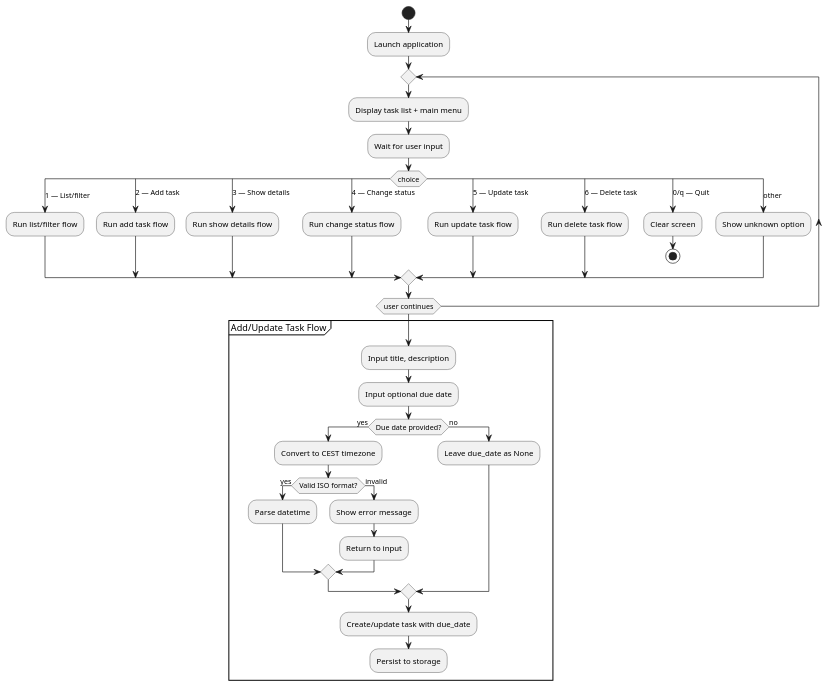
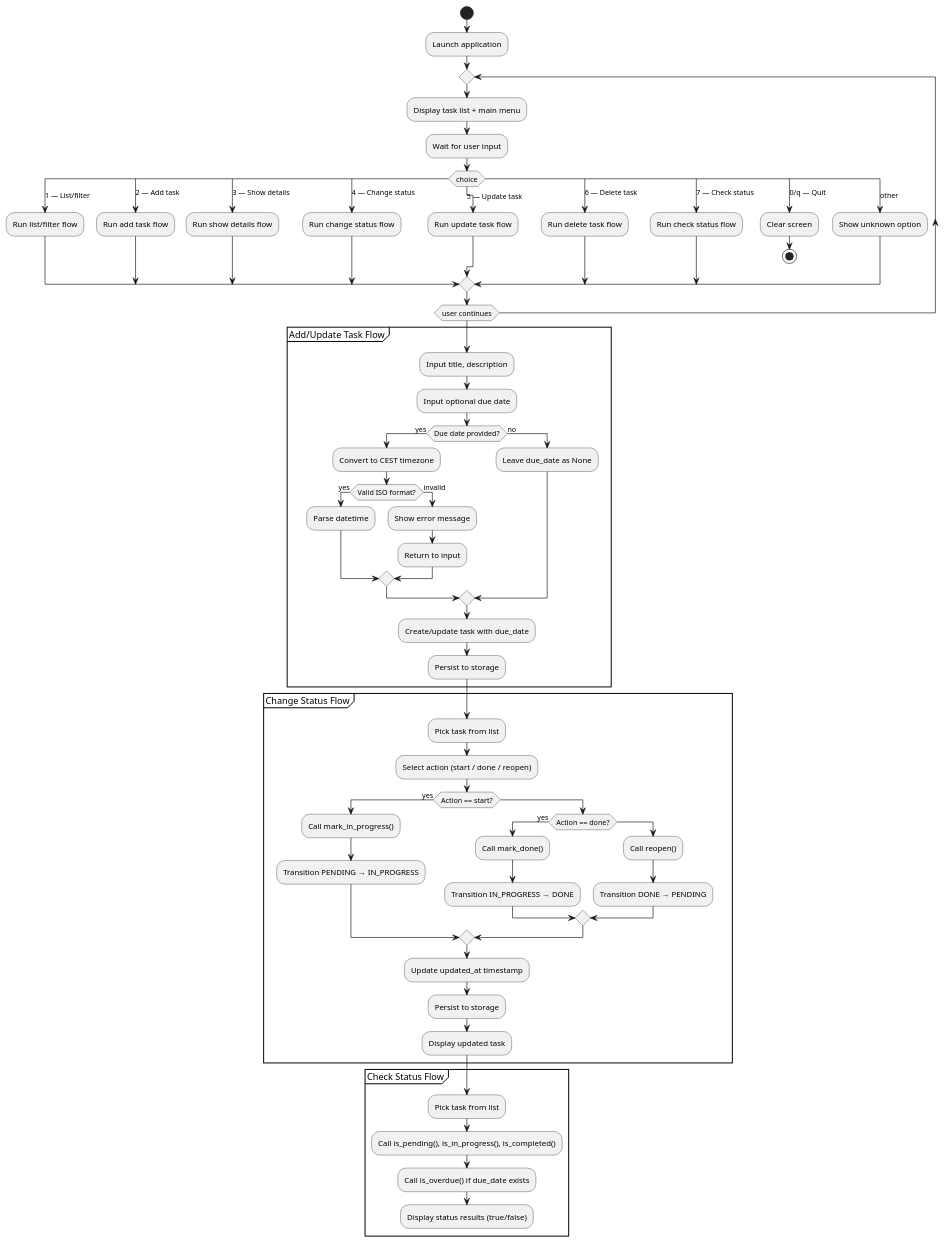
The diagram in experiments/supervisor_as_tools/user_stories/TODO/artifacts/activity_diagram.puml (DanielRiha8906/Software_autoevolution_using_agents), drawn with PlantUML before and after one commit. The commit also changed 12 other files, not shown here.

First line of the commit message:
Implement Task 02: Status Transition Methods and State Checking

```diff
--- a/experiments/supervisor_as_tools/user_stories/TODO/artifacts/activity_diagram.puml
+++ b/experiments/supervisor_as_tools/user_stories/TODO/artifacts/activity_diagram.puml
@@ -1,50 +1,79 @@
 @startuml
 
 start
 :Launch application;
 
 repeat
   :Display task list + main menu;
   :Wait for user input;
 
   switch (choice)
     case (1 — List/filter)
       :Run list/filter flow;
     case (2 — Add task)
       :Run add task flow;
     case (3 — Show details)
       :Run show details flow;
     case (4 — Change status)
       :Run change status flow;
     case (5 — Update task)
       :Run update task flow;
     case (6 — Delete task)
       :Run delete task flow;
+    case (7 — Check status)
+      :Run check status flow;
     case (0/q — Quit)
       :Clear screen;
       stop
     case (other)
       :Show unknown option;
   endswitch
 
 repeat while (user continues)
 
 partition "Add/Update Task Flow" {
   :Input title, description;
   :Input optional due date;
   if (Due date provided?) then (yes)
     :Convert to CEST timezone;
     if (Valid ISO format?) then (yes)
       :Parse datetime;
     else (invalid)
       :Show error message;
       :Return to input;
     endif
   else (no)
     :Leave due_date as None;
   endif
   :Create/update task with due_date;
   :Persist to storage;
 }
 
+partition "Change Status Flow" {
+  :Pick task from list;
+  :Select action (start / done / reopen);
+  if (Action == start?) then (yes)
+    :Call mark_in_progress();
+    :Transition PENDING → IN_PROGRESS;
+  else
+    if (Action == done?) then (yes)
+      :Call mark_done();
+      :Transition IN_PROGRESS → DONE;
+    else
+      :Call reopen();
+      :Transition DONE → PENDING;
+    endif
+  endif
+  :Update updated_at timestamp;
+  :Persist to storage;
+  :Display updated task;
+}
+
+partition "Check Status Flow" {
+  :Pick task from list;
+  :Call is_pending(), is_in_progress(), is_completed();
+  :Call is_overdue() if due_date exists;
+  :Display status results (true/false);
+}
+
 @enduml
```
